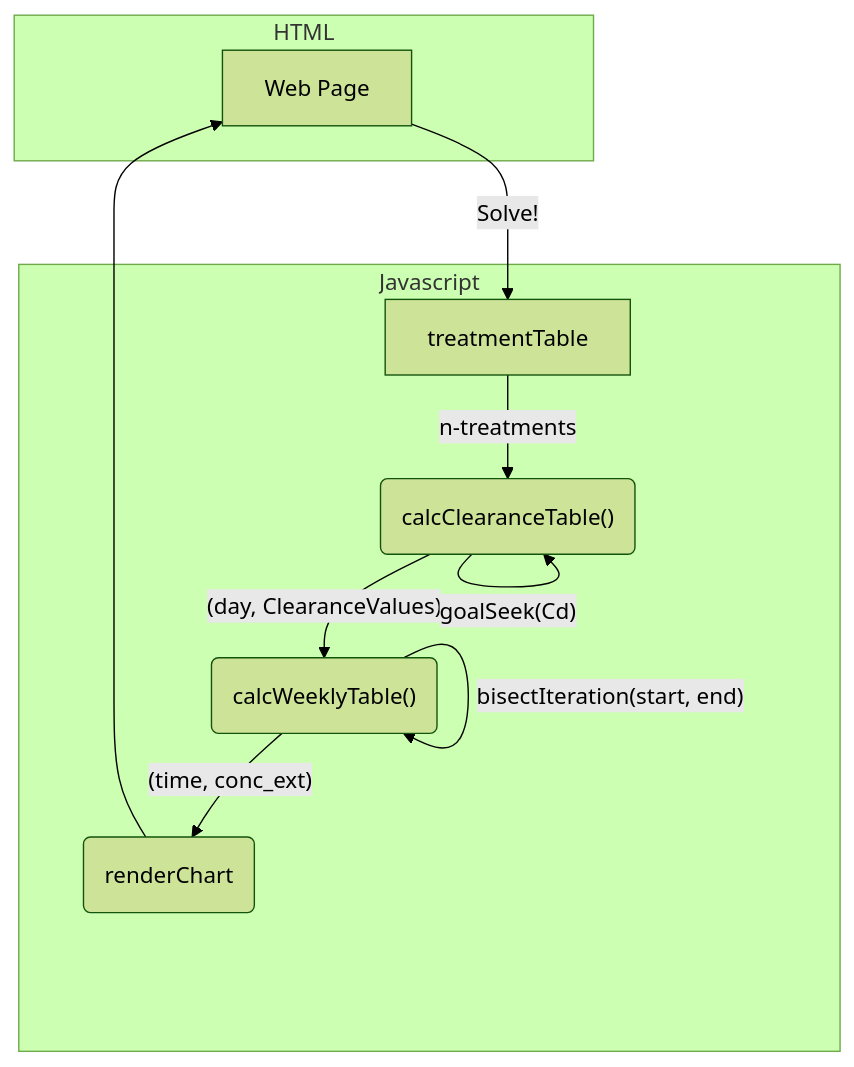
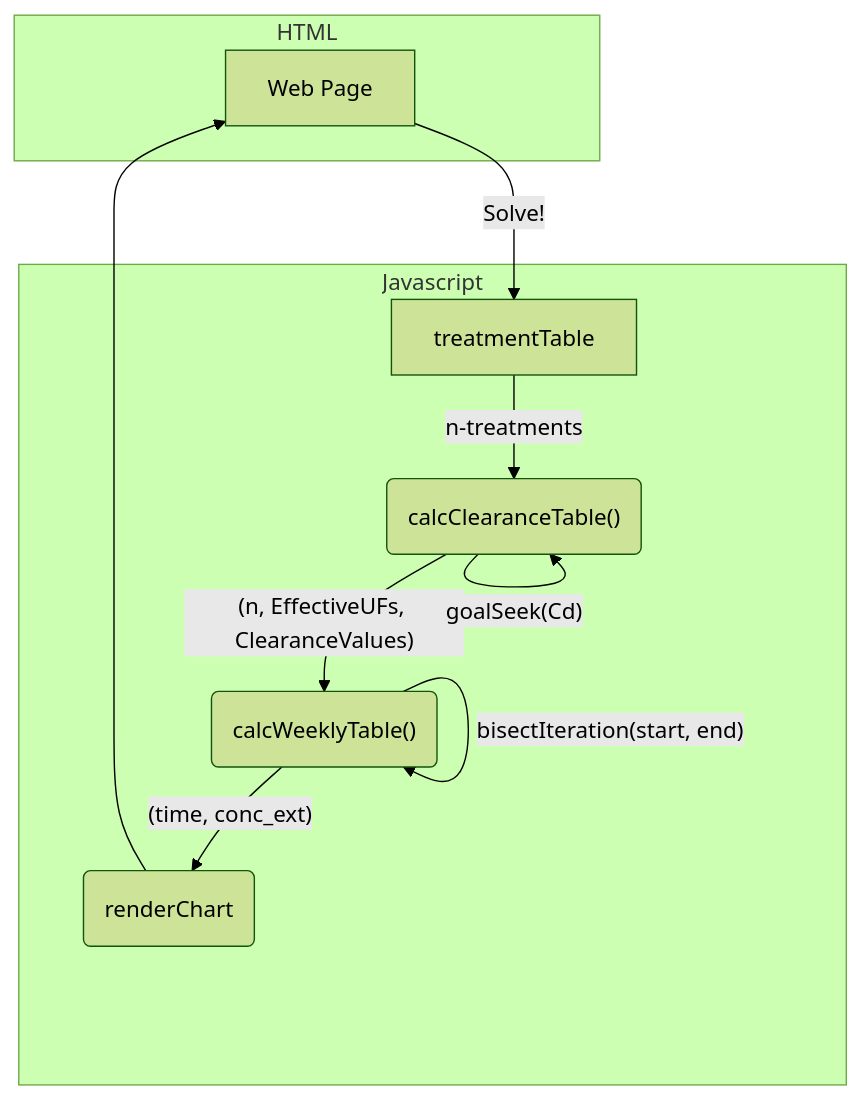
Before and after one commit to aaaahn/dialsim: the diagram in README.md, drawn with Mermaid (forest theme). The commit also changed 1 other file, not shown here.

Commit message:
implement proper vol_ext, dialysis start/end boolean

````diff
--- a/README.md
+++ b/README.md
@@ -13,24 +13,24 @@
 ```mermaid
 
 
 
 
 graph TD
     subgraph HTML
        A
     end
     subgraph Javascript
         A[Web Page] -- Solve! --> TT["treatmentTable"]
         TT -- n-treatments --> B("calcClearanceTable()")
-        B -- "(day, ClearanceValues)" --> D("calcWeeklyTable()")
+        B -- "(n, EffectiveUFs, ClearanceValues)" --> D("calcWeeklyTable()")
         D -- "bisectIteration(start, end)" -->D
         D --  "(time, conc_ext)" --> E(renderChart)
         E --> A
         B -- "goalSeek(Cd)" --> B
     end
 
 
 
 
 
 ```
````
